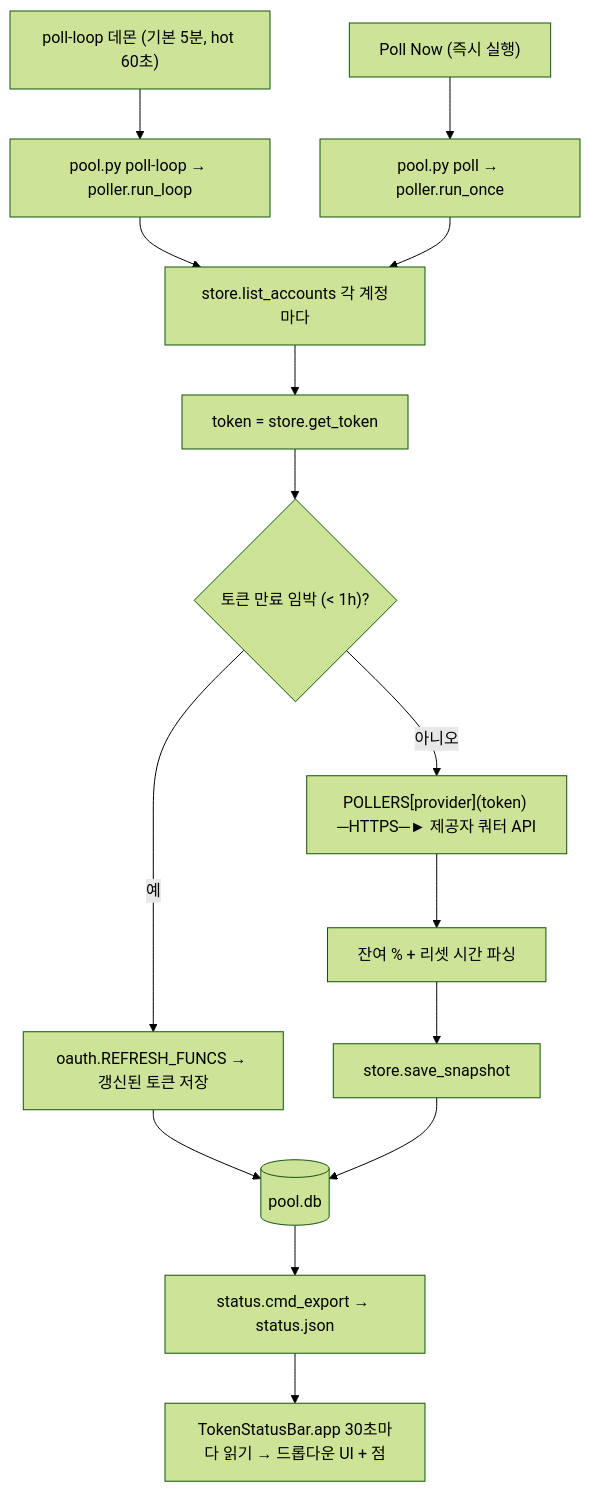
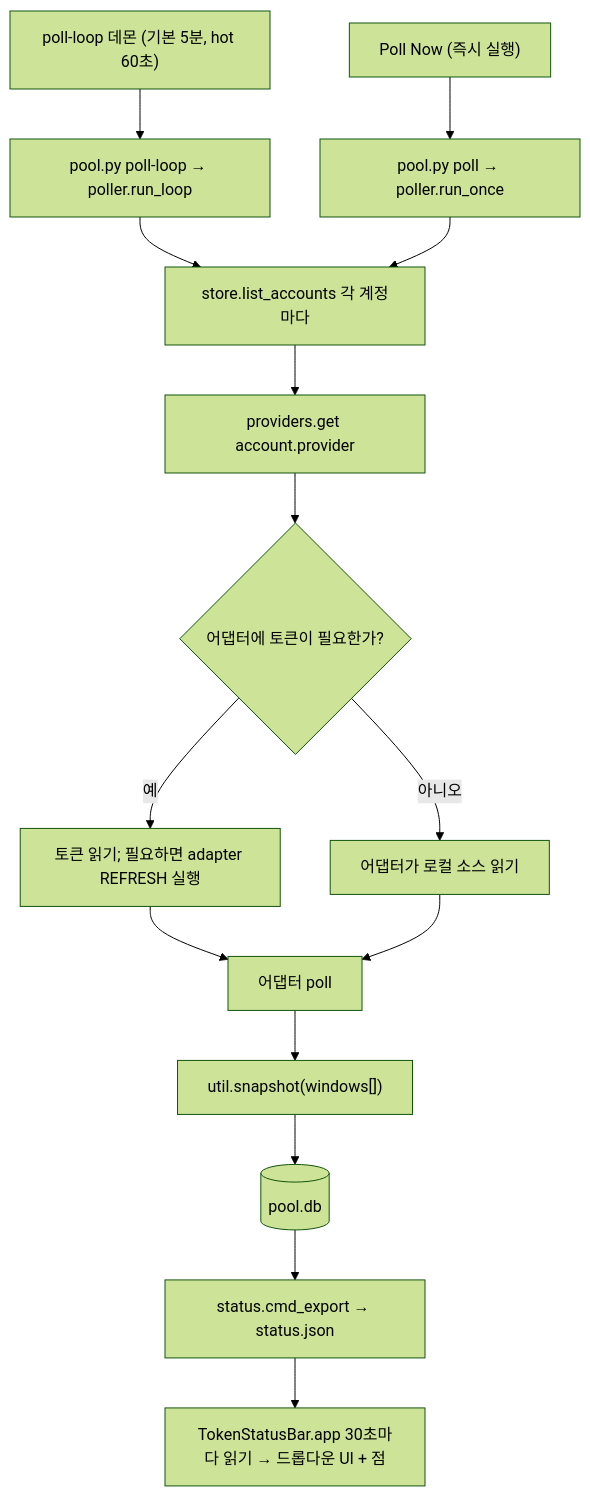
The third of 3 diagrams in README.ko.md (adld-ai/tokenalytics), drawn with Mermaid (forest theme) before and after one commit. The commit also changed other lines of this file and 3 other files, not shown here.

````diff
--- a/README.ko.md
+++ b/README.ko.md
@@ -148,17 +160,17 @@
 ```mermaid
 flowchart TD
     A["poll-loop 데몬 (기본 5분, hot 60초)"] --> B[pool.py poll-loop → poller.run_loop]
     C["Poll Now (즉시 실행)"] --> D[pool.py poll → poller.run_once]
     B --> E[store.list_accounts 각 계정마다]
     D --> E
-    E --> F[token = store.get_token]
-    F --> G{"토큰 만료 임박 (< 1h)?"}
-    G -->|예| H["oauth.REFRESH_FUNCS → 갱신된 토큰 저장"]
-    H --> I[(pool.db)]
-    G -->|아니오| J["POLLERS[provider](token) ─HTTPS─► 제공자 쿼터 API"]
-    J --> K["잔여 % + 리셋 시간 파싱"]
-    K --> L[store.save_snapshot]
-    L --> I
-    I --> M[status.cmd_export → status.json]
+    E --> F[providers.get account.provider]
+    F --> G{어댑터에 토큰이 필요한가?}
+    G -->|예| H["토큰 읽기; 필요하면 adapter REFRESH 실행"]
+    G -->|아니오| J[어댑터가 로컬 소스 읽기]
+    H --> K[어댑터 poll]
+    J --> K
+    K --> L["util.snapshot(windows[])"]
+    L --> I[(pool.db)]
+    I --> M["status.cmd_export → status.json"]
     M --> N["TokenStatusBar.app 30초마다 읽기 → 드롭다운 UI + 점"]
 ```
````
